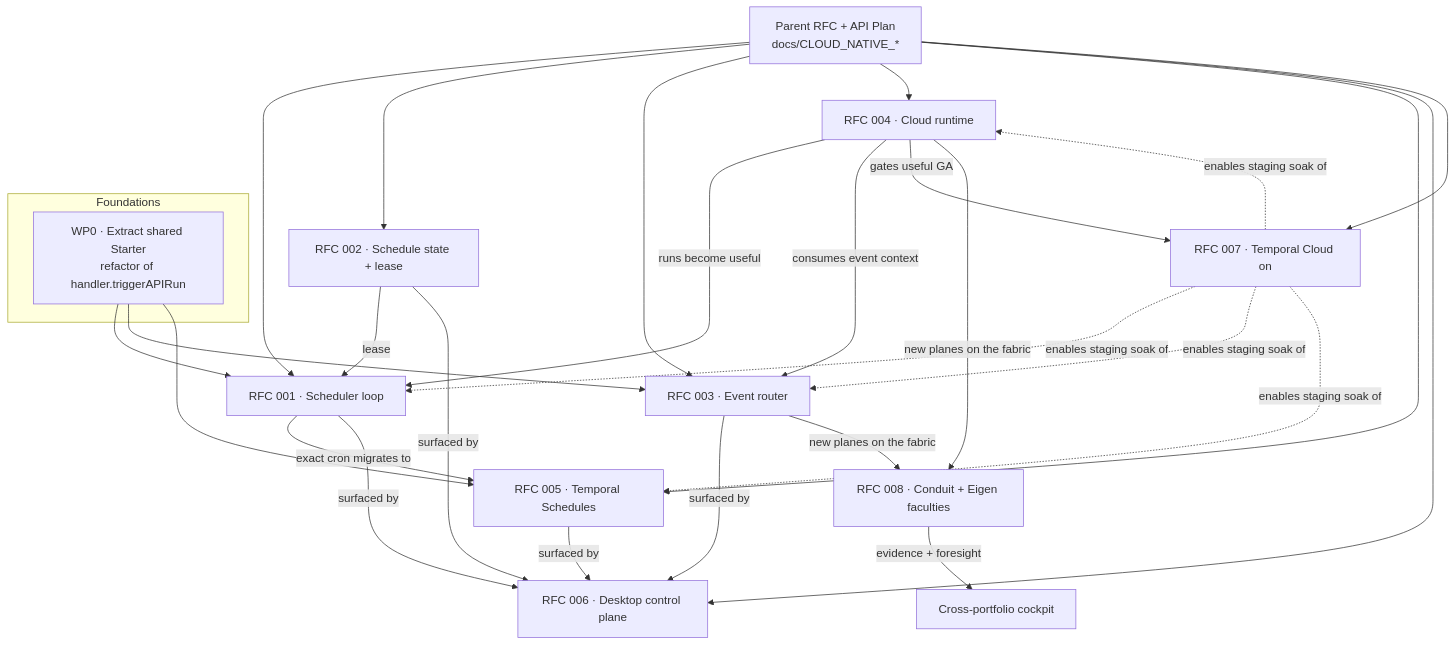
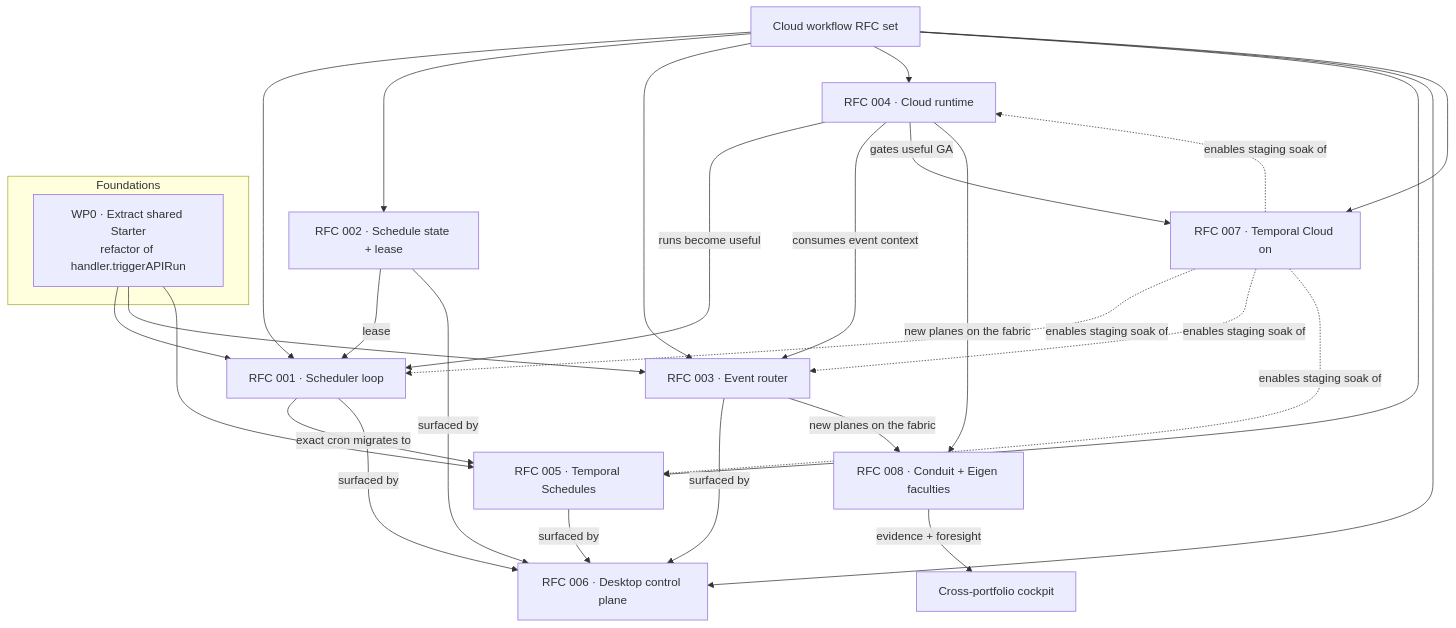
One commit to Oppulence-Engineering/Desktop-Assistant changed the first of 3 diagrams in apps/rfc/README.md. Above: the diagram before and after it, drawn with Mermaid. The commit also changed other lines of this file and 33 other files, not shown here.

````diff
--- a/apps/rfc/README.md
+++ b/apps/rfc/README.md
@@ -60,22 +59,22 @@
 ```mermaid
 flowchart TD
-    P[Parent RFC + API Plan<br/>docs/CLOUD_NATIVE_*] --> R001 & R002 & R003 & R004 & R005 & R006 & R007
+    P[Cloud workflow RFC set] --> R001 & R002 & R003 & R004 & R005 & R006 & R007
 
     subgraph found[Foundations]
       S0[WP0 · Extract shared Starter<br/>refactor of handler.triggerAPIRun]
     end
 
     S0 --> R001[RFC 001 · Scheduler loop]
     S0 --> R003[RFC 003 · Event router]
     S0 --> R005[RFC 005 · Temporal Schedules]
 
     R002[RFC 002 · Schedule state + lease] -->|lease| R001
     R001 -->|exact cron migrates to| R005
     R004[RFC 004 · Cloud runtime] -->|runs become useful| R001
     R004 -->|consumes event context| R003
     R007[RFC 007 · Temporal Cloud on] -.enables staging soak of.-> R001 & R003 & R004 & R005
     R001 & R002 & R003 & R005 -->|surfaced by| R006[RFC 006 · Desktop control plane]
     R004 -->|gates useful GA| R007
     R003 & R004 -->|new planes on the fabric| R008[RFC 008 · Conduit + Eigen faculties]
     R008 -->|evidence + foresight| COCK[Cross-portfolio cockpit]
 ```
````
